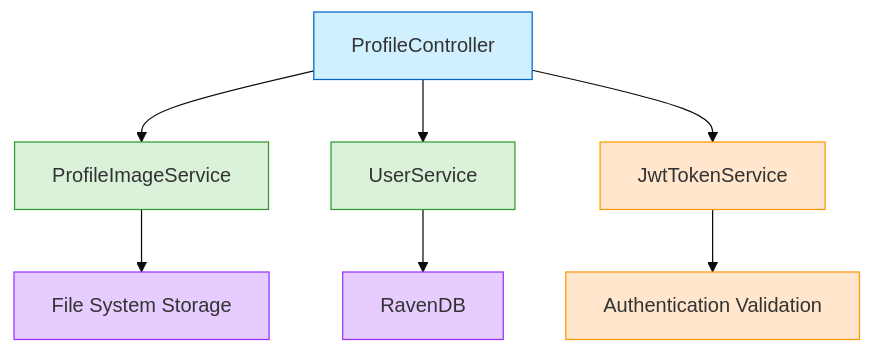
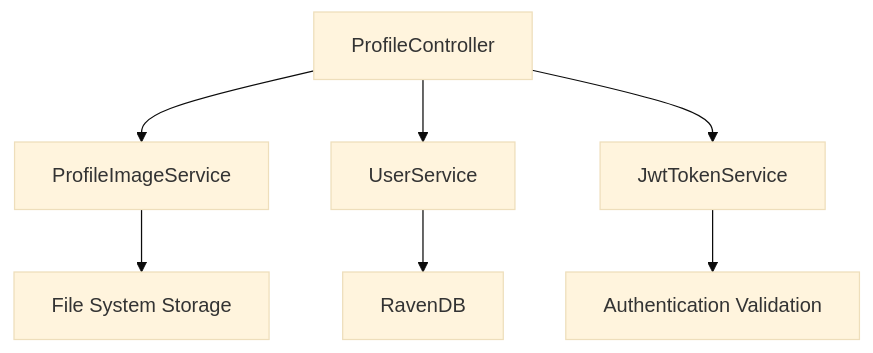
One commit to fares1919-ltrch/Backend-stage changed the second of 4 diagrams in Documentation/Profile.md. Above: the diagram before and after it, drawn with Mermaid (base theme). The commit also changed other lines of this file and 20 other files, not shown here.

````diff
--- a/Documentation/Profile.md
+++ b/Documentation/Profile.md
@@ -76,17 +72,10 @@
 ```mermaid
 graph TD
     A[ProfileController] --> B[ProfileImageService]
     A --> C[UserService]
     B --> D[File System Storage]
     C --> E[RavenDB]
     A --> F[JwtTokenService]
     F --> G[Authentication Validation]
 
-    style A fill:#d1f0ff,stroke:#0066cc
-    style B fill:#d9f2d9,stroke:#339933
-    style C fill:#d9f2d9,stroke:#339933
-    style D fill:#e6ccff,stroke:#9933ff
-    style E fill:#e6ccff,stroke:#9933ff
-    style F fill:#ffe6cc,stroke:#ff9900
-    style G fill:#ffe6cc,stroke:#ff9900
 ```
````
